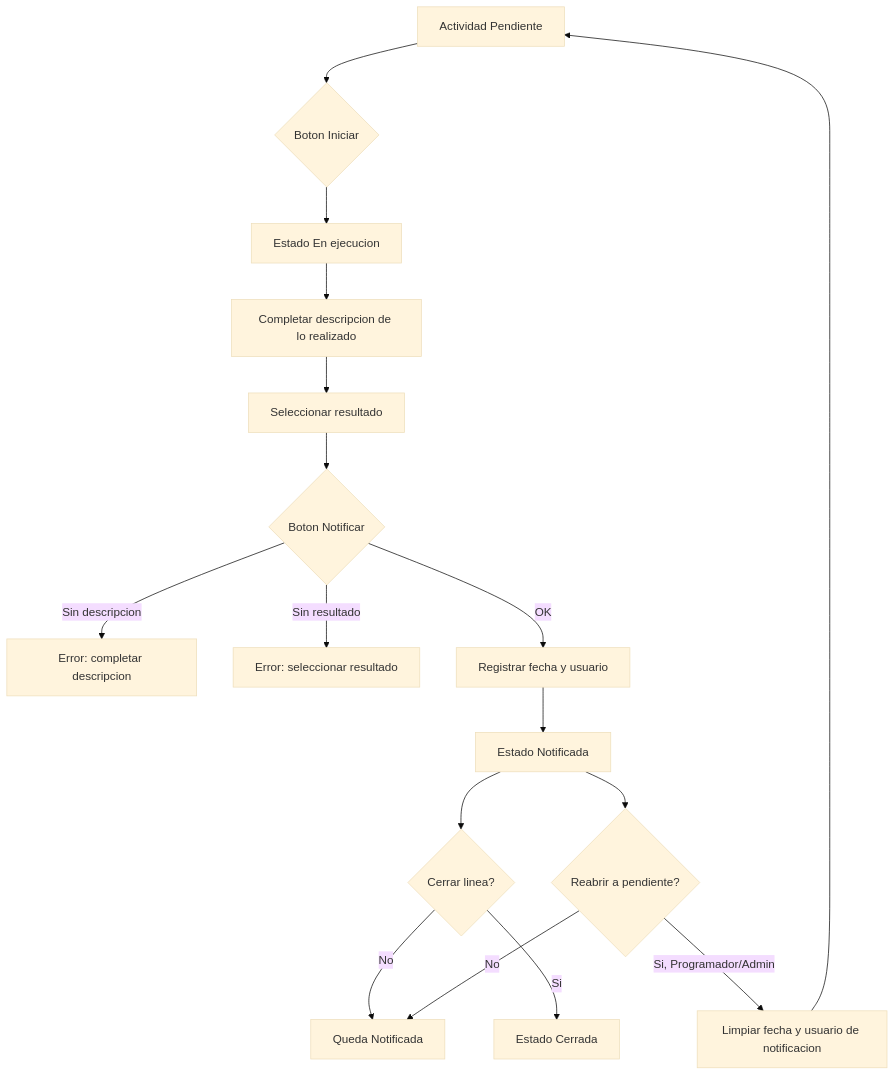
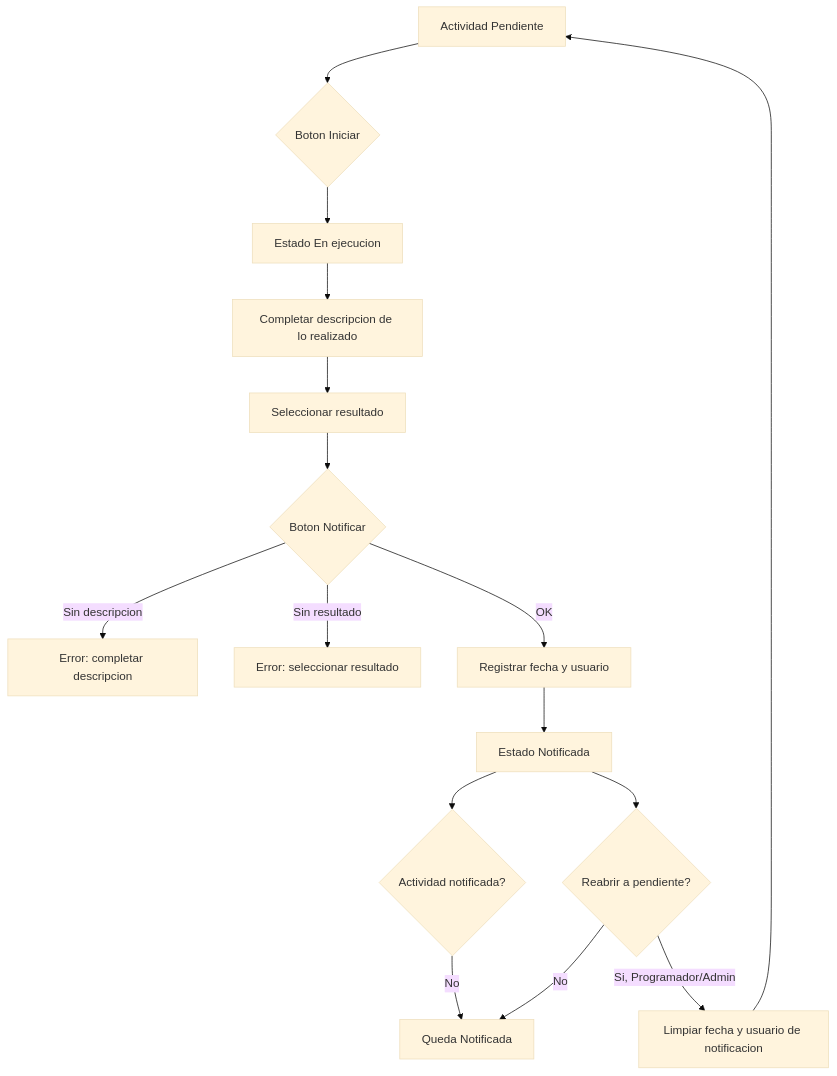
One commit to lbadilla2021/zmm_ajustes changed the seventh of 9 diagrams in docs_codex/diagramas_macro_por_tramo_mantenimiento.md. Above: the diagram before and after it, drawn with Mermaid (base theme). The commit also changed other lines of this file and 13 other files, not shown here.

````diff
--- a/docs_codex/diagramas_macro_por_tramo_mantenimiento.md
+++ b/docs_codex/diagramas_macro_por_tramo_mantenimiento.md
@@ -200,19 +200,18 @@
 ```mermaid
 flowchart TD
     A["Actividad Pendiente"] --> B{"Boton Iniciar"}
     B --> C["Estado En ejecucion"]
     C --> D["Completar descripcion de lo realizado"]
     D --> E["Seleccionar resultado"]
     E --> F{"Boton Notificar"}
     F -->|Sin descripcion| F1["Error: completar descripcion"]
     F -->|Sin resultado| F2["Error: seleccionar resultado"]
     F -->|OK| G["Registrar fecha y usuario"]
     G --> H["Estado Notificada"]
-    H --> I{"Cerrar linea?"}
+    H --> I{"Actividad notificada?"}
     I -->|No| J["Queda Notificada"]
-    I -->|Si| K["Estado Cerrada"]
     H --> L{"Reabrir a pendiente?"}
     L -->|No| J
     L -->|Si, Programador/Admin| M["Limpiar fecha y usuario de notificacion"]
     M --> A
 ```
````
